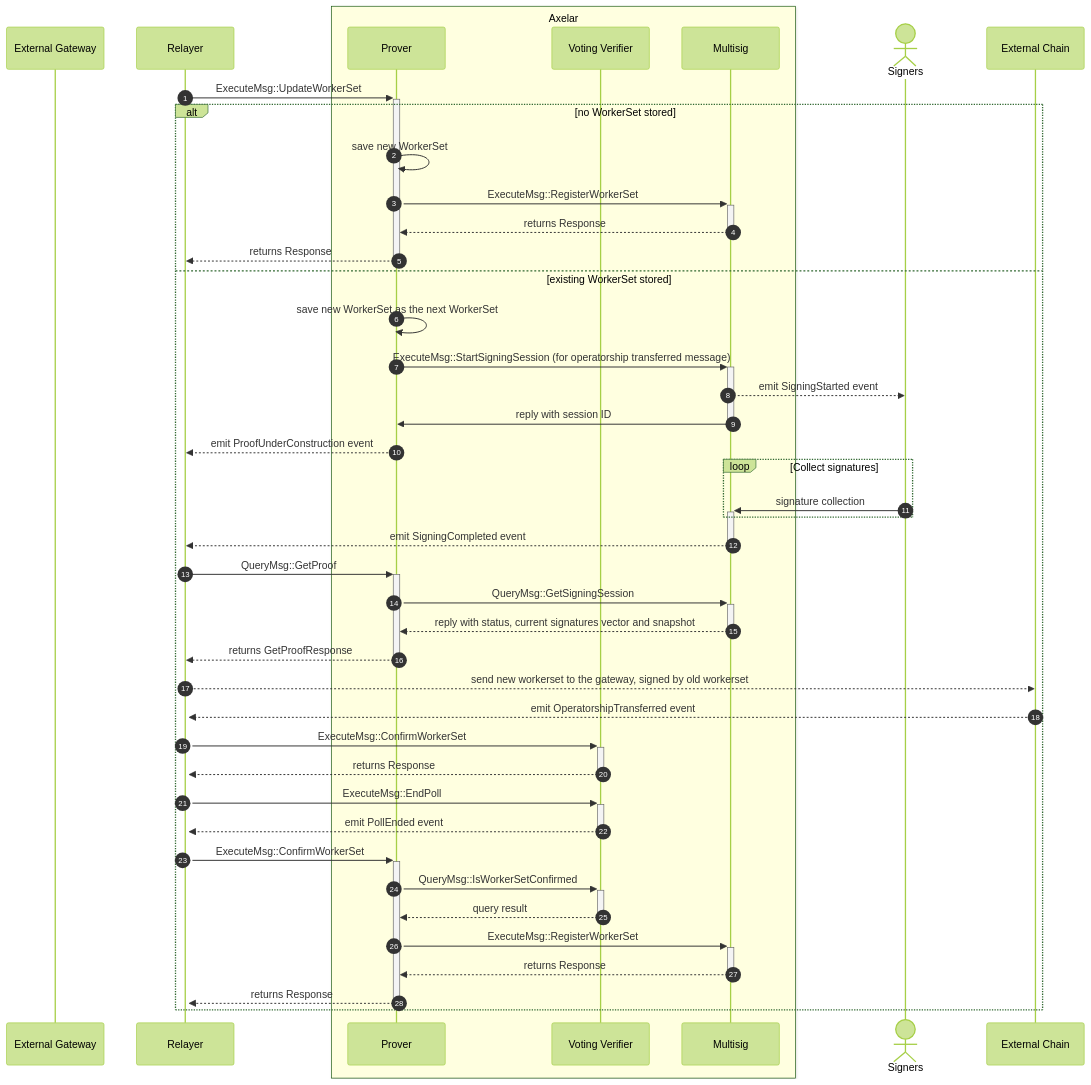
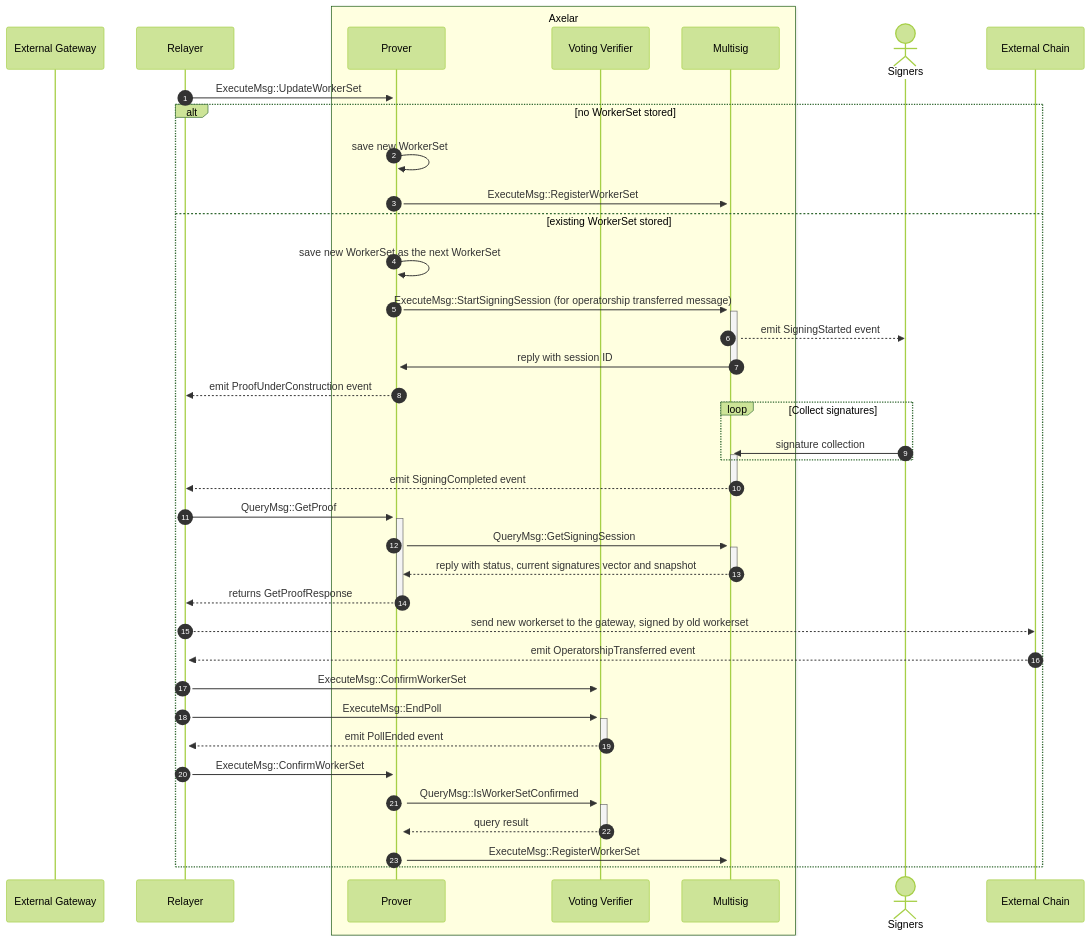
Before and after one commit to axelarnetwork/axelar-amplifier: the fourth of 4 diagrams in doc/src/contracts/multisig_prover.md, drawn with Mermaid (forest theme). The commit also changed other lines of this file, not shown here.

Commit message:
remove Response from docs

````diff
--- a/doc/src/contracts/multisig_prover.md
+++ b/doc/src/contracts/multisig_prover.md
@@ -150,45 +150,40 @@
 ```mermaid
 sequenceDiagram
 autonumber
 participant External Gateway
 participant Relayer
 box LightYellow Axelar
 participant Prover
 participant Voting Verifier
 participant Multisig
 end
 actor Signers
 Relayer->>+Prover: ExecuteMsg::UpdateWorkerSet
 alt no WorkerSet stored
   Prover->>Prover: save new WorkerSet
   Prover->>+Multisig: ExecuteMsg::RegisterWorkerSet
-  Multisig-->>-Prover: returns Response
-  Prover-->>-Relayer: returns Response
 else existing WorkerSet stored
   Prover->>Prover: save new WorkerSet as the next WorkerSet
   Prover->>+Multisig: ExecuteMsg::StartSigningSession (for operatorship transferred message)
   Multisig-->>Signers: emit SigningStarted event
   Multisig->>-Prover: reply with session ID
   Prover-->>Relayer: emit ProofUnderConstruction event
   loop Collect signatures
 	  Signers->>+Multisig: signature collection
   end
   Multisig-->>-Relayer: emit SigningCompleted event
   Relayer->>+Prover: QueryMsg::GetProof
   Prover->>+Multisig: QueryMsg::GetSigningSession
   Multisig-->>-Prover: reply with status, current signatures vector and snapshot
   Prover-->>-Relayer: returns GetProofResponse
   Relayer-->>External Chain: send new workerset to the gateway, signed by old workerset
   External Chain-->>+Relayer: emit OperatorshipTransferred event
   Relayer->>+Voting Verifier: ExecuteMsg::ConfirmWorkerSet
-  Voting Verifier-->>-Relayer: returns Response
   Relayer->>+Voting Verifier: ExecuteMsg::EndPoll
   Voting Verifier-->>-Relayer: emit PollEnded event
   Relayer->>+Prover: ExecuteMsg::ConfirmWorkerSet
   Prover->>+Voting Verifier: QueryMsg::IsWorkerSetConfirmed
   Voting Verifier-->>-Prover: query result
   Prover->>+Multisig: ExecuteMsg::RegisterWorkerSet
-  Multisig-->>-Prover: returns Response
-  Prover-->>-Relayer: returns Response
 end
 ```
````
